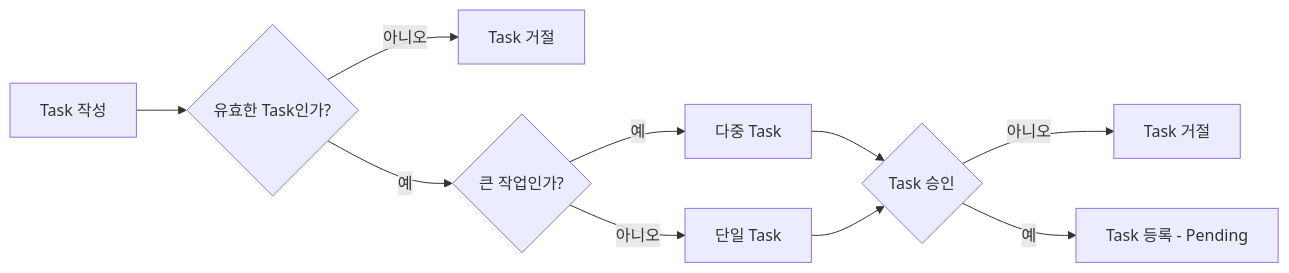
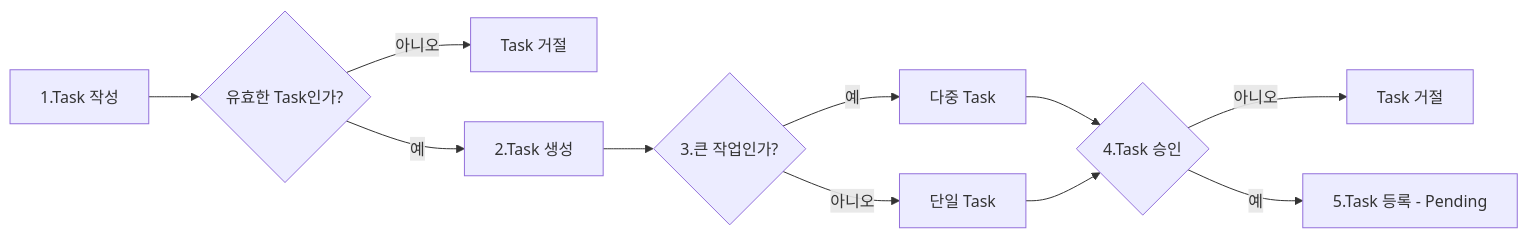
The first of 6 diagrams in packages/front/src/content/ai/01.agent-orchestration.md (sdadaniel/portfolio), drawn with Mermaid before and after one commit. The commit also changed other lines of this file and 4 other files, not shown here.

First line of the commit message:
AI 프로젝트 페이지 개선: Mermaid 다크 테마, 사이드바 앵커, 이미지 Swiper 추가

````diff
--- a/packages/front/src/content/ai/01.agent-orchestration.md
+++ b/packages/front/src/content/ai/01.agent-orchestration.md
@@ -59,16 +58,17 @@
 ```mermaid
 flowchart LR
-    A[Task 작성] --> B{유효한 Task인가?}
+    A[1.Task 작성] --> B{유효한 Task인가?}
 
     B -->|아니오| C[Task 거절]
-    B -->|예| D{큰 작업인가?}
+    B -->|예| T[2.Task 생성]
+    T --> D{3.큰 작업인가?}
 
     D -->|예| E[다중 Task]
     D -->|아니오| F[단일 Task]
 
-    E --> G{Task 승인}
+    E --> G{4.Task 승인}
     F --> G
 
     G -->|아니오| H[Task 거절]
-    G -->|예| I[Task 등록 - Pending]
+    G -->|예| I[5.Task 등록 - Pending]
 ```
````
